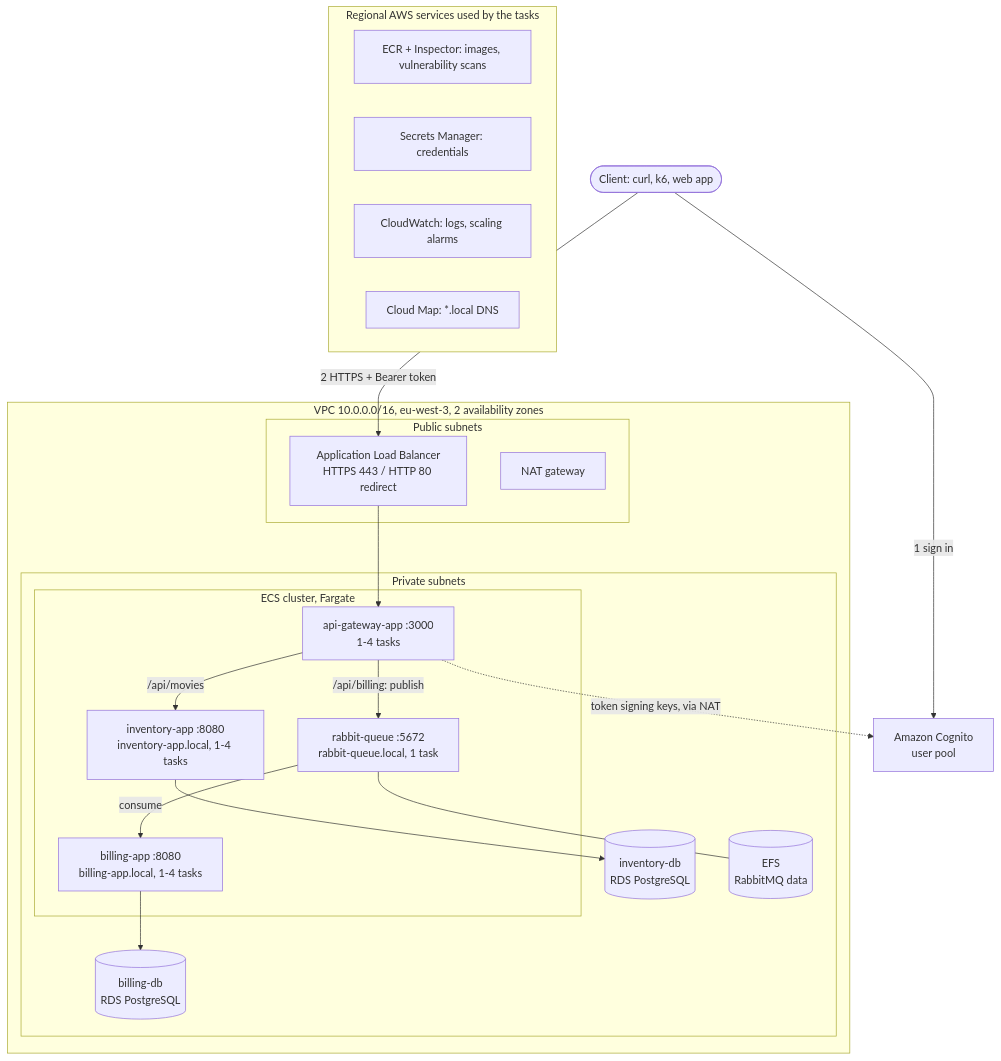
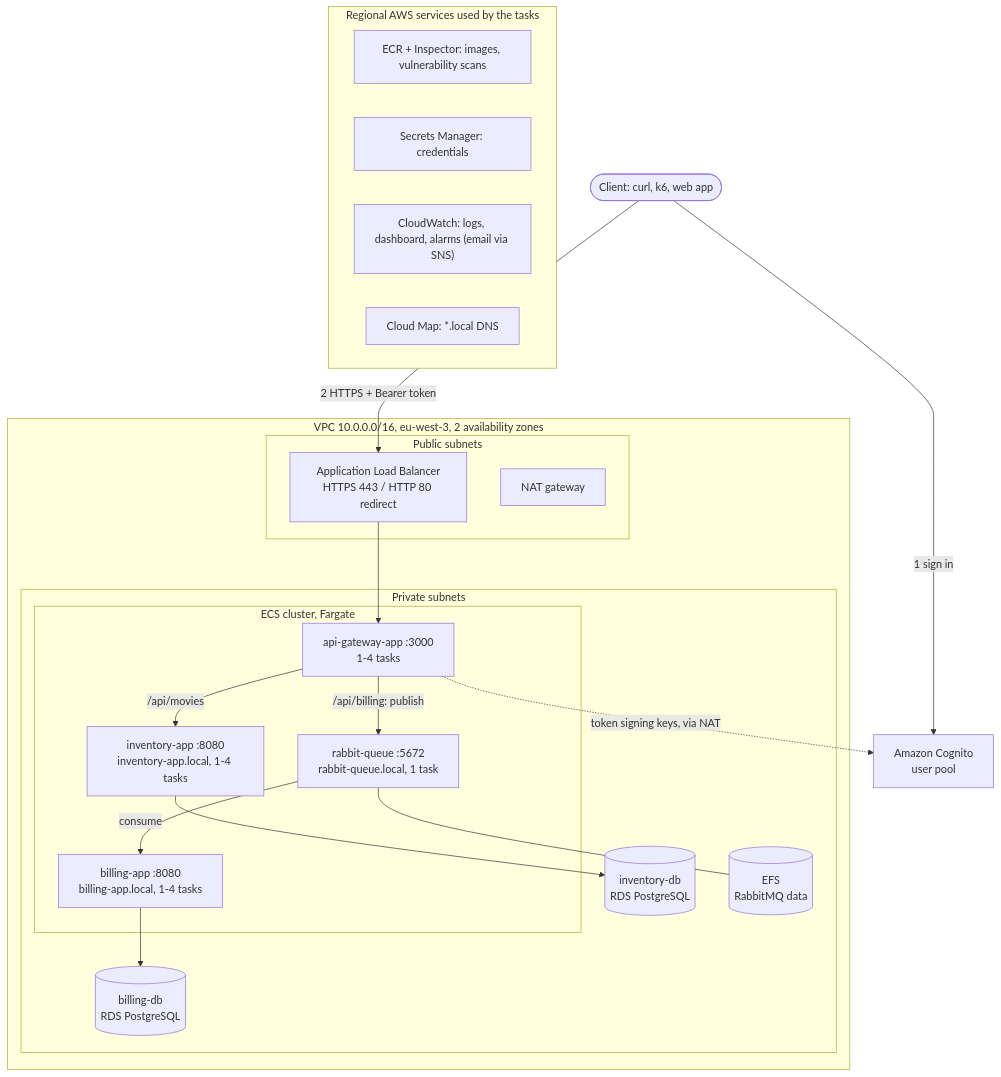
The first of 3 diagrams in README.md (Aymening/cloud-design), drawn with Mermaid before and after one commit. The commit also changed other lines of this file and 2 other files, not shown here.

````diff
--- a/README.md
+++ b/README.md
@@ -26,41 +26,41 @@
 ```mermaid
 flowchart TB
     client(["Client: curl, k6, web app"])
     cognito["Amazon Cognito<br/>user pool"]
 
     subgraph vpc["VPC 10.0.0.0/16, eu-west-3, 2 availability zones"]
         subgraph public["Public subnets"]
             alb["Application Load Balancer<br/>HTTPS 443 / HTTP 80 redirect"]
             nat["NAT gateway"]
         end
         subgraph private["Private subnets"]
             subgraph ecs["ECS cluster, Fargate"]
                 gw["api-gateway-app :3000<br/>1-4 tasks"]
                 inv["inventory-app :8080<br/>inventory-app.local, 1-4 tasks"]
                 bill["billing-app :8080<br/>billing-app.local, 1-4 tasks"]
                 mq["rabbit-queue :5672<br/>rabbit-queue.local, 1 task"]
             end
             invdb[("inventory-db<br/>RDS PostgreSQL")]
             billdb[("billing-db<br/>RDS PostgreSQL")]
             efs[("EFS<br/>RabbitMQ data")]
         end
     end
 
     subgraph managed["Regional AWS services used by the tasks"]
         ecr["ECR + Inspector: images, vulnerability scans"]
         sm["Secrets Manager: credentials"]
-        cw["CloudWatch: logs, scaling alarms"]
+        cw["CloudWatch: logs, dashboard, alarms (email via SNS)"]
         cm["Cloud Map: *.local DNS"]
     end
 
     client -->|"1 sign in"| cognito
     client -->|"2 HTTPS + Bearer token"| alb
     alb --> gw
     gw -->|"/api/movies"| inv
     gw -->|"/api/billing: publish"| mq
     mq -->|"consume"| bill
     inv --> invdb
     bill --> billdb
     mq --- efs
     gw -.->|"token signing keys, via NAT"| cognito
 ```
````
